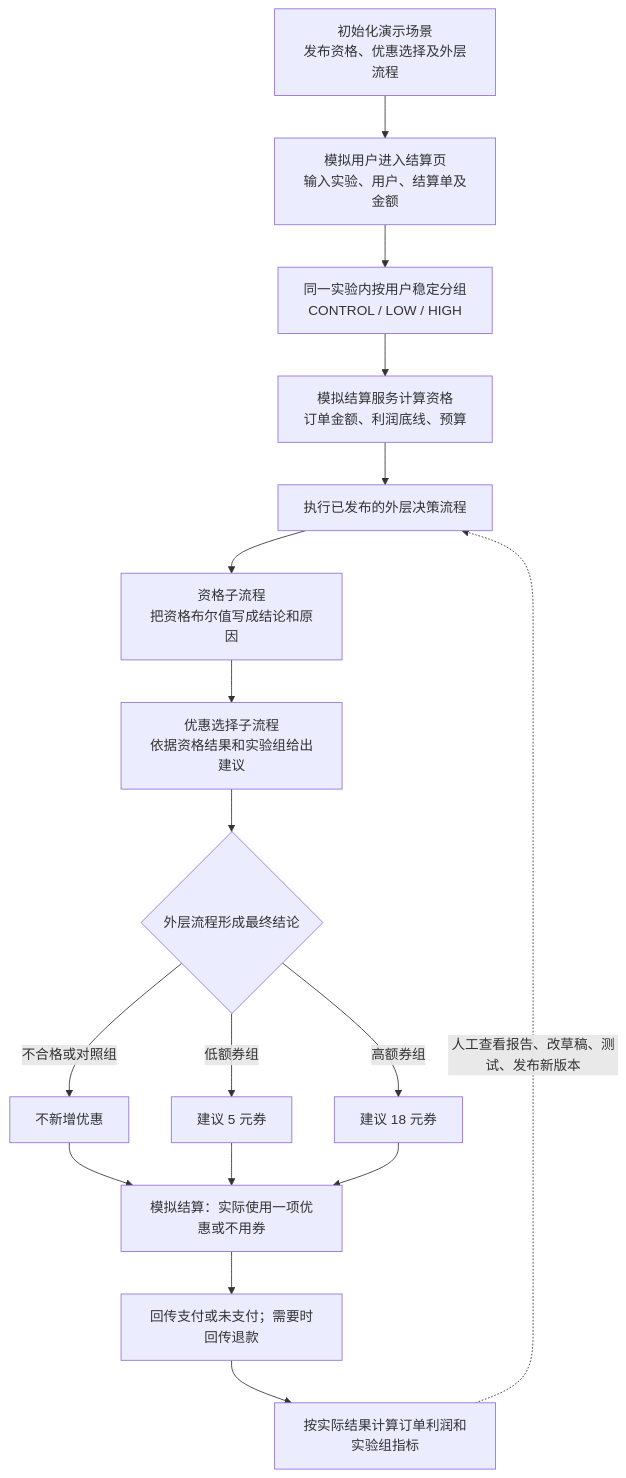
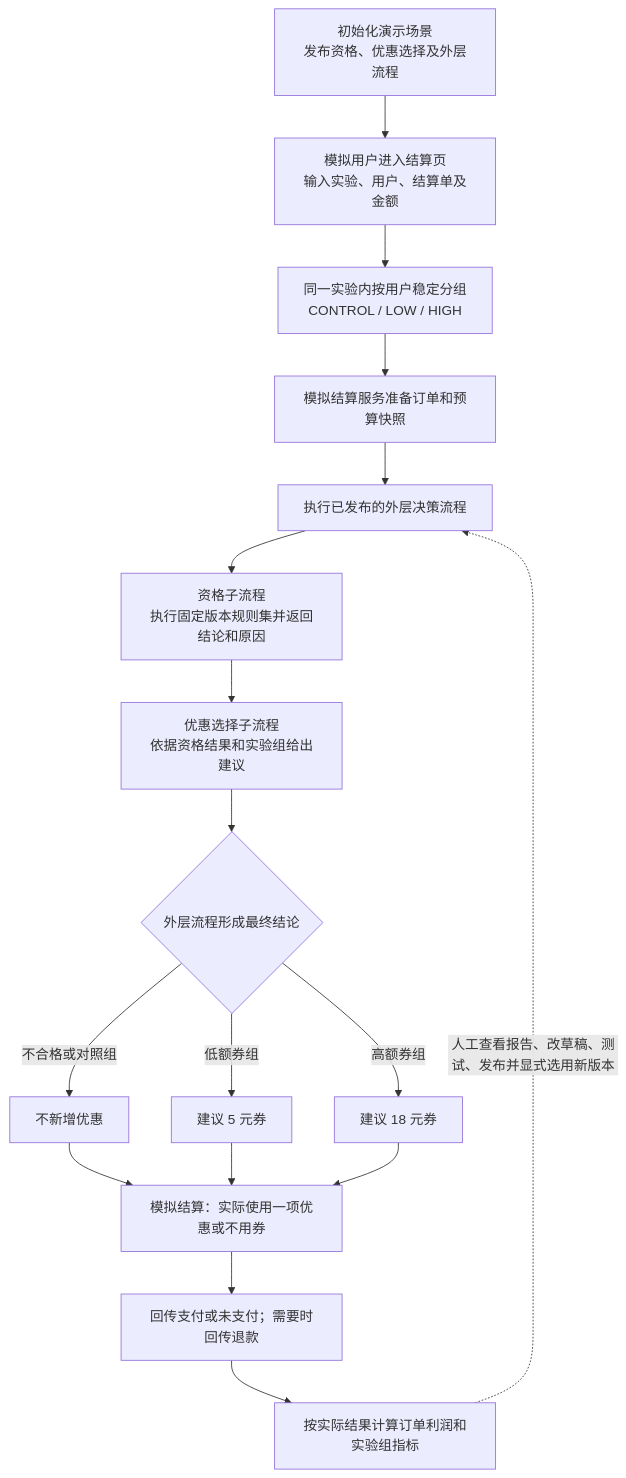
One commit to liyongkanger/risk-control-decision changed the first of 2 diagrams in docs/marketing-demo-closed-loop.md. Above: the diagram before and after it, drawn with Mermaid. The commit also changed other lines of this file and 142 other files, not shown here.

````diff
--- a/docs/marketing-demo-closed-loop.md
+++ b/docs/marketing-demo-closed-loop.md
@@ -13,19 +13,19 @@
 ```mermaid
 flowchart TD
     A["初始化演示场景<br/>发布资格、优惠选择及外层流程"] --> B["模拟用户进入结算页<br/>输入实验、用户、结算单及金额"]
     B --> C["同一实验内按用户稳定分组<br/>CONTROL / LOW / HIGH"]
-    C --> D["模拟结算服务计算资格<br/>订单金额、利润底线、预算"]
+    C --> D["模拟结算服务准备订单和预算快照"]
     D --> E["执行已发布的外层决策流程"]
-    E --> F["资格子流程<br/>把资格布尔值写成结论和原因"]
+    E --> F["资格子流程<br/>执行固定版本规则集并返回结论和原因"]
     F --> G["优惠选择子流程<br/>依据资格结果和实验组给出建议"]
     G --> H{"外层流程形成最终结论"}
     H -->|不合格或对照组| I["不新增优惠"]
     H -->|低额券组| J["建议 5 元券"]
     H -->|高额券组| K["建议 18 元券"]
     I --> L["模拟结算：实际使用一项优惠或不用券"]
     J --> L
     K --> L
     L --> M["回传支付或未支付；需要时回传退款"]
     M --> N["按实际结果计算订单利润和实验组指标"]
-    N -.->|人工查看报告、改草稿、测试、发布新版本| E
+    N -.->|人工查看报告、改草稿、测试、发布并显式选用新版本| E
 ```
````
